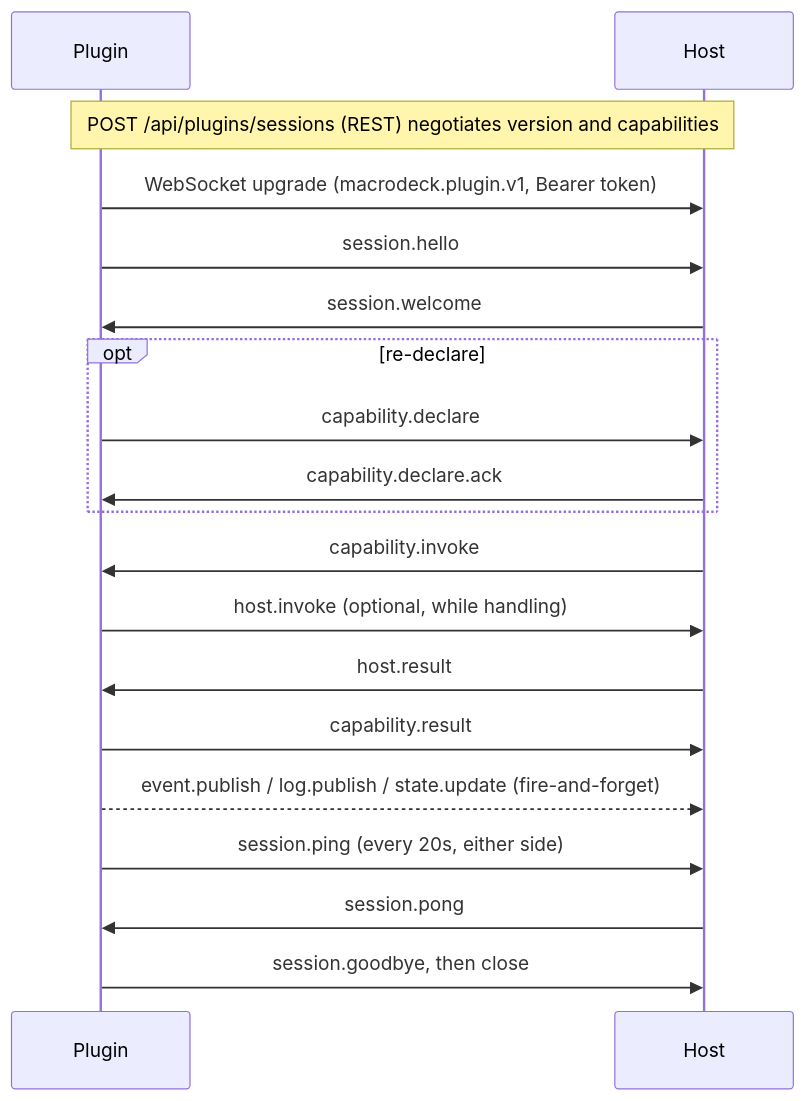
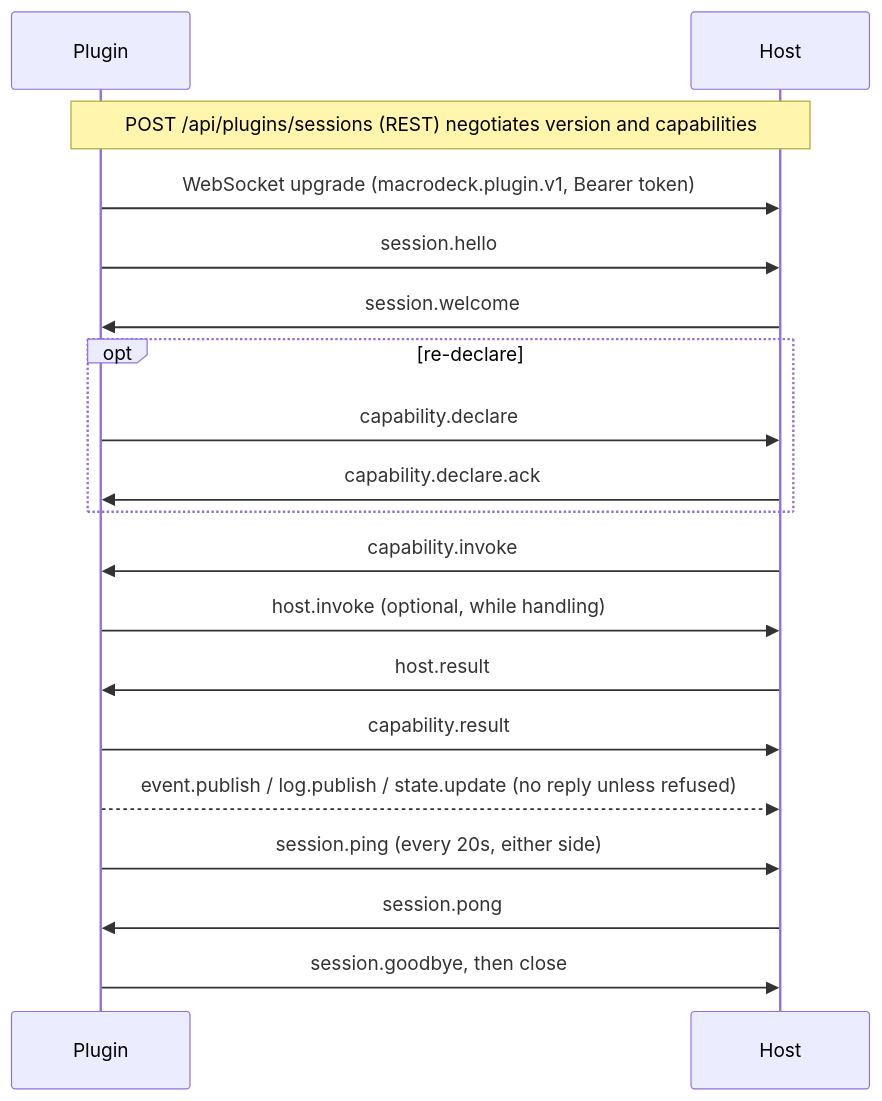
The diagram in docs/src/content/docs/reference/websocket.md (Macro-Deck-App/Macro-Deck), drawn with Mermaid before and after one commit. The commit also changed other lines of this file and 11 other files, not shown here.

````diff
--- a/docs/src/content/docs/reference/websocket.md
+++ b/docs/src/content/docs/reference/websocket.md
@@ -17,21 +17,21 @@
 ```mermaid
 sequenceDiagram
     participant P as Plugin
     participant H as Host
     Note over P,H: POST /api/plugins/sessions (REST) negotiates version and capabilities
     P->>H: WebSocket upgrade (macrodeck.plugin.v1, Bearer token)
     P->>H: session.hello
     H->>P: session.welcome
     opt re-declare
         P->>H: capability.declare
         H->>P: capability.declare.ack
     end
     H->>P: capability.invoke
     P->>H: host.invoke (optional, while handling)
     H->>P: host.result
     P->>H: capability.result
-    P-->>H: event.publish / log.publish / state.update (fire-and-forget)
+    P-->>H: event.publish / log.publish / state.update (no reply unless refused)
     P->>H: session.ping (every 20s, either side)
     H->>P: session.pong
     P->>H: session.goodbye, then close
 ```
````
